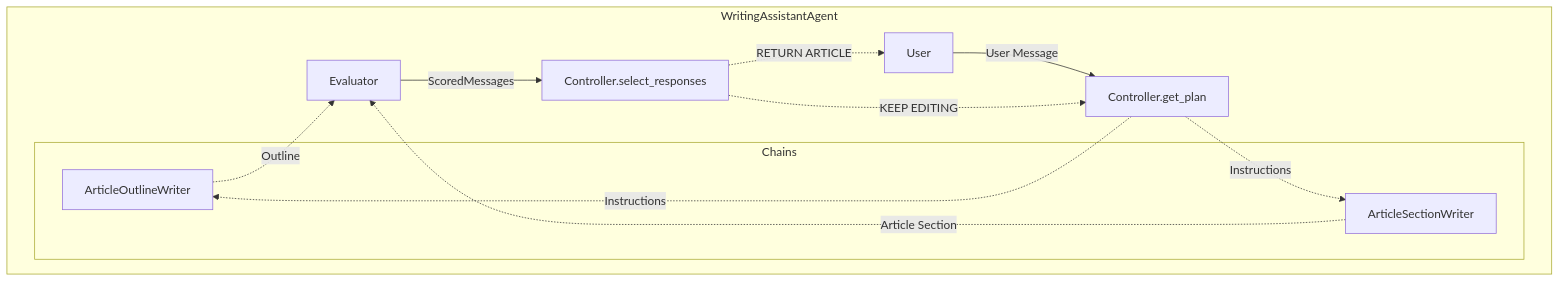
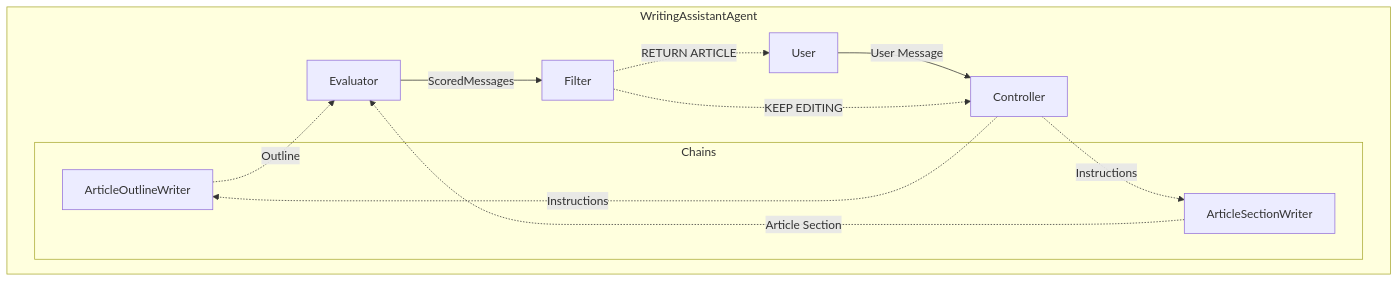
One commit to chain-ml/council-writing-assistant changed the diagram in docs/1_intro.md. Above: the diagram before and after it, drawn with Mermaid. The commit also changed other lines of this file and 7 other files, not shown here.

````diff
--- a/docs/1_intro.md
+++ b/docs/1_intro.md
@@ -22,22 +22,22 @@
 ```mermaid
 graph TD
   subgraph WritingAssistantAgent
     User
-    Controller.select_responses
-    Controller.get_plan
+    Filter
+    Controller
     Evaluator
     subgraph Chains
       ArticleOutlineWriter
       ArticleSectionWriter
     end
   end
 
-  User -->|User Message| Controller.get_plan
-  Controller.get_plan -.->|Instructions| ArticleOutlineWriter
-  Controller.get_plan -.->|Instructions| ArticleSectionWriter
+  User -->|User Message| Controller
+  Controller -.->|Instructions| ArticleOutlineWriter
+  Controller -.->|Instructions| ArticleSectionWriter
   ArticleOutlineWriter -.->|Outline| Evaluator
   ArticleSectionWriter -.->|Article Section| Evaluator
-  Evaluator -->|ScoredMessages| Controller.select_responses
-  Controller.select_responses -.->|RETURN ARTICLE| User
-  Controller.select_responses -.->|KEEP EDITING| Controller.get_plan
+  Evaluator -->|ScoredMessages| Filter
+  Filter -.->|RETURN ARTICLE| User
+  Filter -.->|KEEP EDITING| Controller
 ```
````
